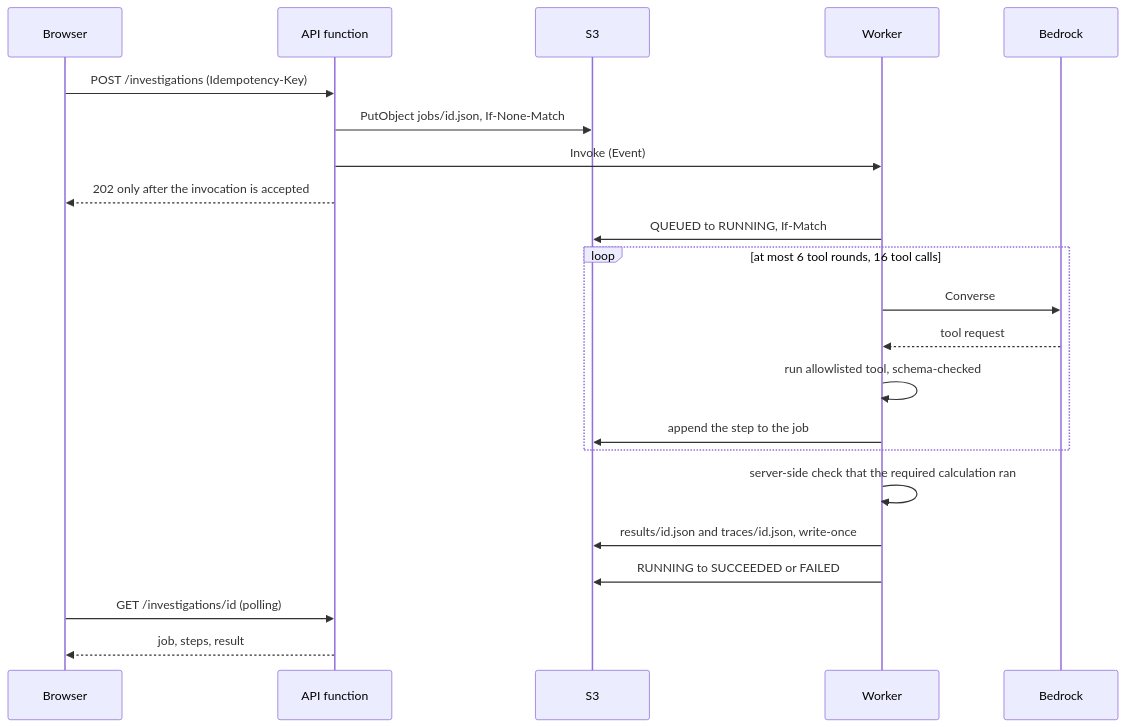
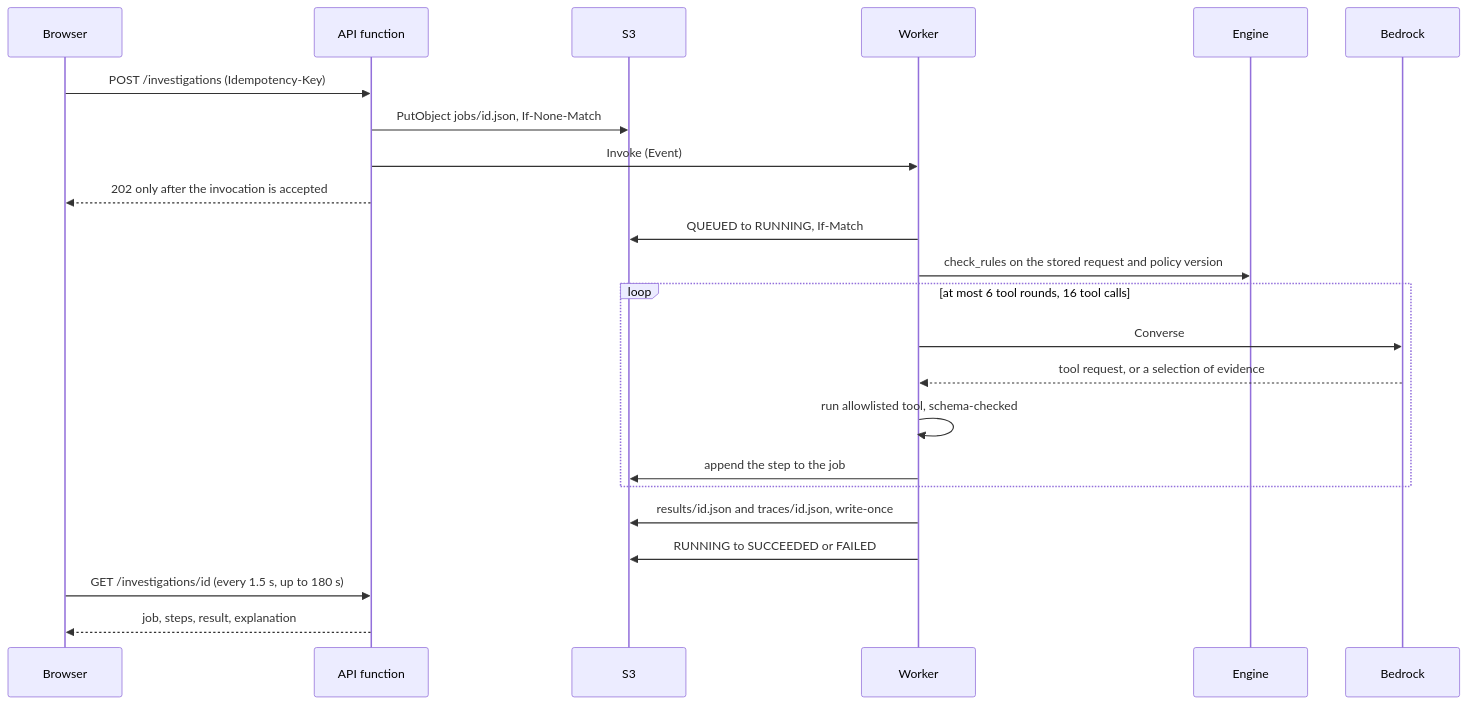
Before and after one commit to SMLG120/DatathonPolyFinance2026: the second of 2 diagrams in docs/ARCHITECTURE.md, drawn with Mermaid. The commit also changed other lines of this file and 6 other files, not shown here.

````diff
--- a/docs/ARCHITECTURE.md
+++ b/docs/ARCHITECTURE.md
@@ -88,24 +96,25 @@
 ```mermaid
 sequenceDiagram
     participant B as Browser
     participant A as API function
     participant S as S3
     participant W as Worker
+    participant E as Engine
     participant M as Bedrock
     B->>A: POST /investigations (Idempotency-Key)
     A->>S: PutObject jobs/id.json, If-None-Match
     A->>W: Invoke (Event)
     A-->>B: 202 only after the invocation is accepted
     W->>S: QUEUED to RUNNING, If-Match
+    W->>E: check_rules on the stored request and policy version
     loop at most 6 tool rounds, 16 tool calls
         W->>M: Converse
-        M-->>W: tool request
+        M-->>W: tool request, or a selection of evidence
         W->>W: run allowlisted tool, schema-checked
         W->>S: append the step to the job
     end
-    W->>W: server-side check that the required calculation ran
     W->>S: results/id.json and traces/id.json, write-once
     W->>S: RUNNING to SUCCEEDED or FAILED
-    B->>A: GET /investigations/id (polling)
-    A-->>B: job, steps, result
+    B->>A: GET /investigations/id (every 1.5 s, up to 180 s)
+    A-->>B: job, steps, result, explanation
 ```
````
